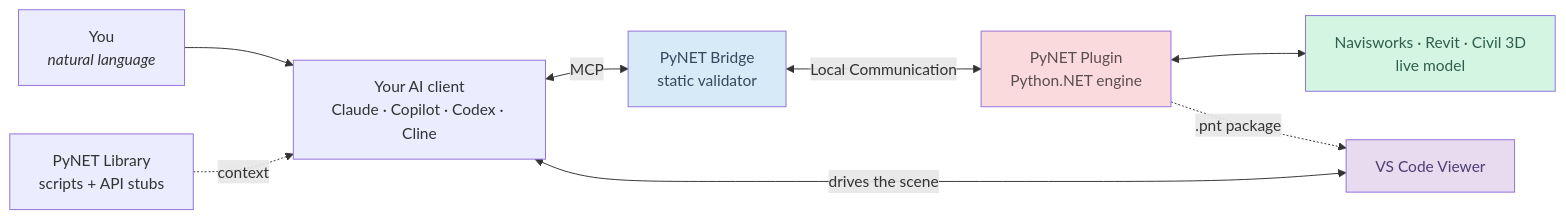
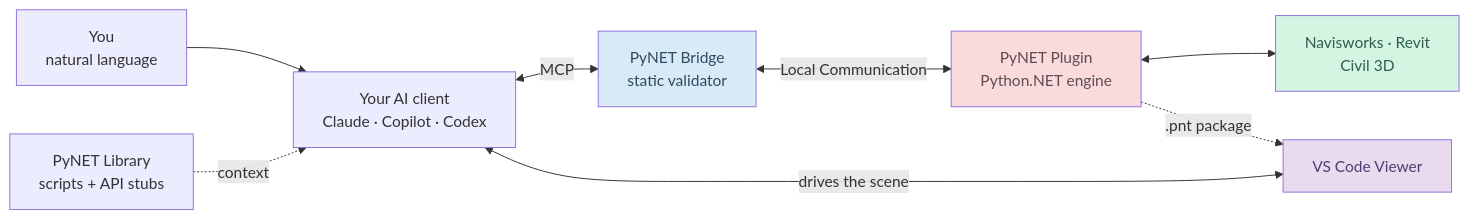
Before and after one commit to RAEN-DT/.github: the diagram in profile/README.md, drawn with Mermaid. The commit also changed other lines of this file and 1 other file, not shown here.

````diff
--- a/profile/README.md
+++ b/profile/README.md
@@ -38,15 +38,15 @@
 ```mermaid
 flowchart LR
-    U["You<br/><i>natural language</i>"] --> AI["Your AI client<br/>Claude · Copilot · Codex · Cline</>"]
-    AI <-->|MCP| B["PyNET Bridge<br/>static validator</>"]
-    B <-->|Local Communication| P["PyNET Plugin<br/>Python.NET engine</>"]
-    P <--> H["Navisworks · Revit · Civil 3D<br/>live model</>"]
-    L["PyNET Library<br/>scripts + API stubs</>"] -.->|context| AI
+    U["You<br/>natural language"] --> AI["Your AI client<br/>Claude · Copilot · Codex"]
+    AI <-->|MCP| B["PyNET Bridge<br/>static validator"]
+    B <-->|Local Communication| P["PyNET Plugin<br/>Python.NET engine"]
+    P <--> H["Navisworks · Revit<br/>Civil 3D"]
+    L["PyNET Library<br/>scripts + API stubs"] -.->|context| AI
     P -.->|.pnt package| V["VS Code Viewer"]
     AI <-->|drives the scene| V
 
 style B fill:#D6EAF8,color:#34495E
 style P fill:#FADADD,color:#5D4E4E
 style H fill:#D5F5E3,color:#2E5E4E
 style V fill:#E8DAEF,color:#4B3F72
 ```
````
